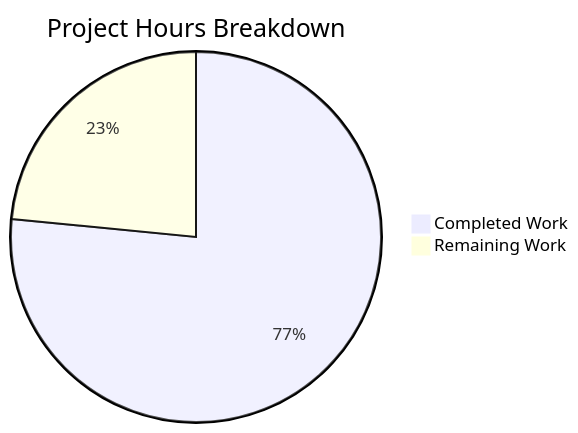
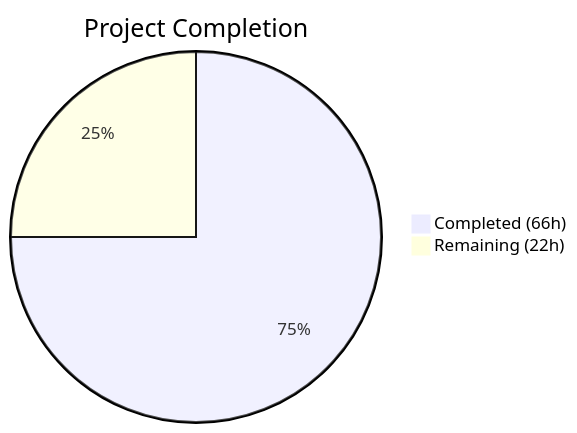
Before and after one commit to Blitzy-Sandbox/blitzy-formbricks: the first of 2 diagrams in blitzy/documentation/Project Guide.md, drawn with Mermaid. The commit also changed other lines of this file, not shown here.

Commit message:
Adding Blitzy Project Guide: Project Status and Human Tasks Remaining

````diff
--- a/blitzy/documentation/Project Guide.md
+++ b/blitzy/documentation/Project Guide.md
@@ -136,5 +13,5 @@
 ```mermaid
-pie title Project Hours Breakdown
-    "Completed Work" : 62
-    "Remaining Work" : 19
+pie title Project Completion
+    "Completed (66h)" : 66
+    "Remaining (22h)" : 22
 ```
````
